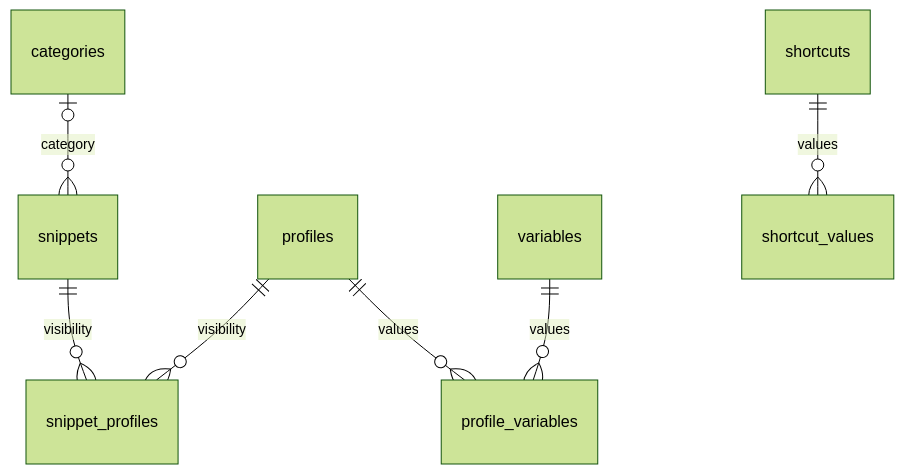
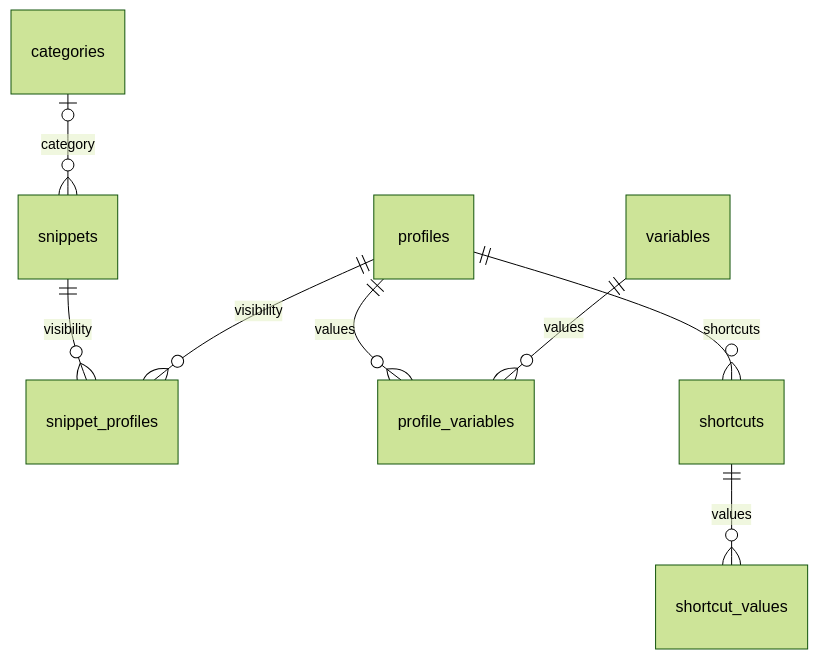
The fifth of 5 diagrams in docs/機能仕様書.md (sikakou54/ClipTap), drawn with Mermaid (forest theme) before and after one commit. The commit also changed other lines of this file and 17 other files, not shown here.

````diff
--- a/docs/機能仕様書.md
+++ b/docs/機能仕様書.md
@@ -1554,9 +1559,10 @@
 ```mermaid
 erDiagram
     categories o|--o{ snippets : category
     snippets ||--o{ snippet_profiles : visibility
     profiles ||--o{ snippet_profiles : visibility
     profiles ||--o{ profile_variables : values
     variables ||--o{ profile_variables : values
+    profiles ||--o{ shortcuts : shortcuts
     shortcuts ||--o{ shortcut_values : values
 ```
````
